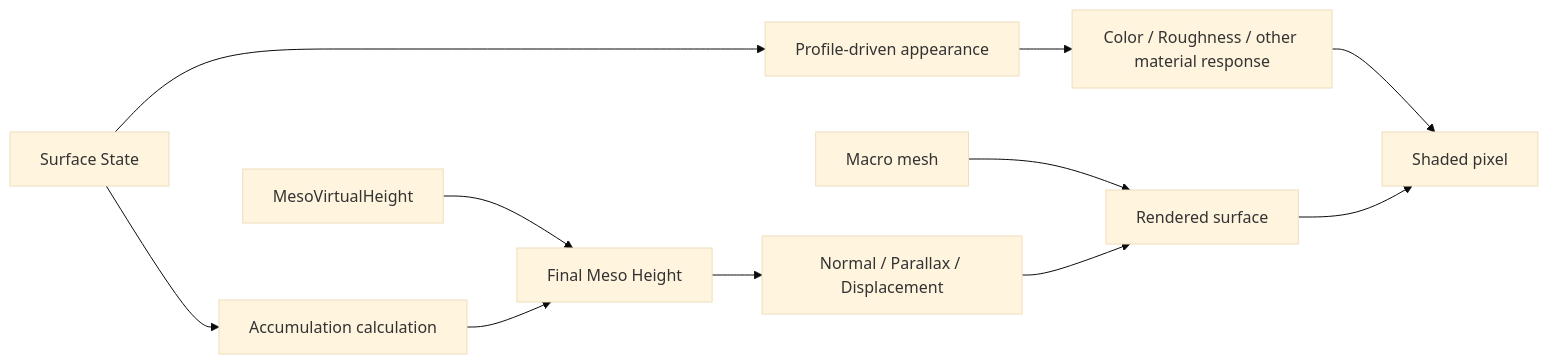
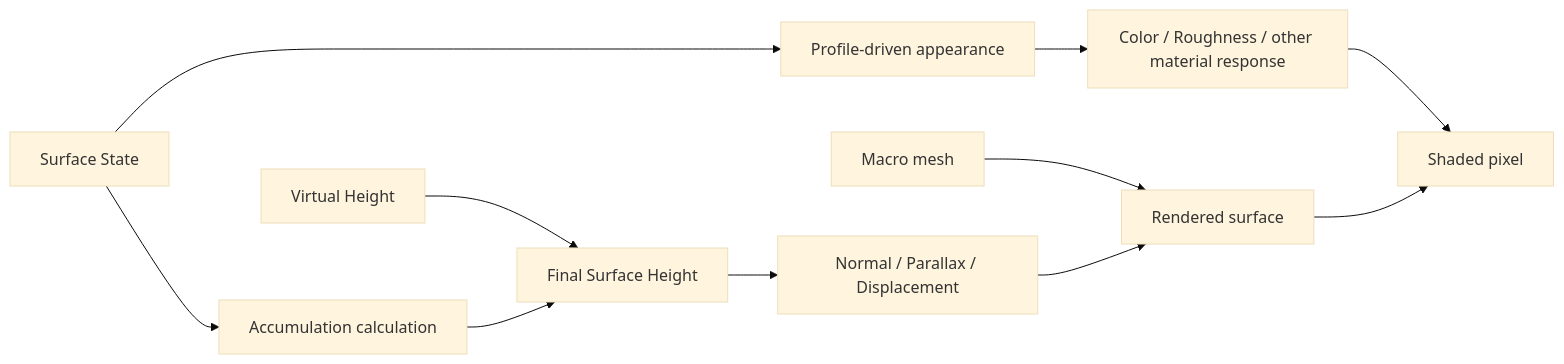
The diagram in Docs/MDSSP-Vault/04_Architecture/0009_Rendering.md (Yonaim/Material-Dependent-Surface-State-Engine), drawn with Mermaid (base theme) before and after one commit. The commit also changed other lines of this file and 35 other files, not shown here.

Commit message:
Docs: Virtual Meso Geometry 용어와 형상 설명 정리

````diff
--- a/Docs/MDSSP-Vault/04_Architecture/0009_Rendering.md
+++ b/Docs/MDSSP-Vault/04_Architecture/0009_Rendering.md
@@ -9,14 +9,14 @@
 ```mermaid
 flowchart LR
   State["Surface State"] --> Appearance["Profile-driven appearance"]
   Appearance --> Material["Color / Roughness / other material response"]
   Material --> Pixel["Shaded pixel"]
 
   State --> Accumulation["Accumulation calculation"]
-  Meso["MesoVirtualHeight"] --> FinalHeight["Final Meso Height"]
+  Meso["Virtual Height"] --> FinalHeight["Final Surface Height"]
   Accumulation --> FinalHeight
   Macro["Macro mesh"] --> Surface["Rendered surface"]
   FinalHeight --> GeometryEffect["Normal / Parallax / Displacement"]
   GeometryEffect --> Surface
   Surface --> Pixel
 ```
````
